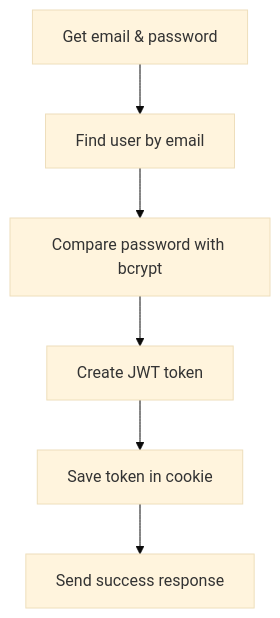
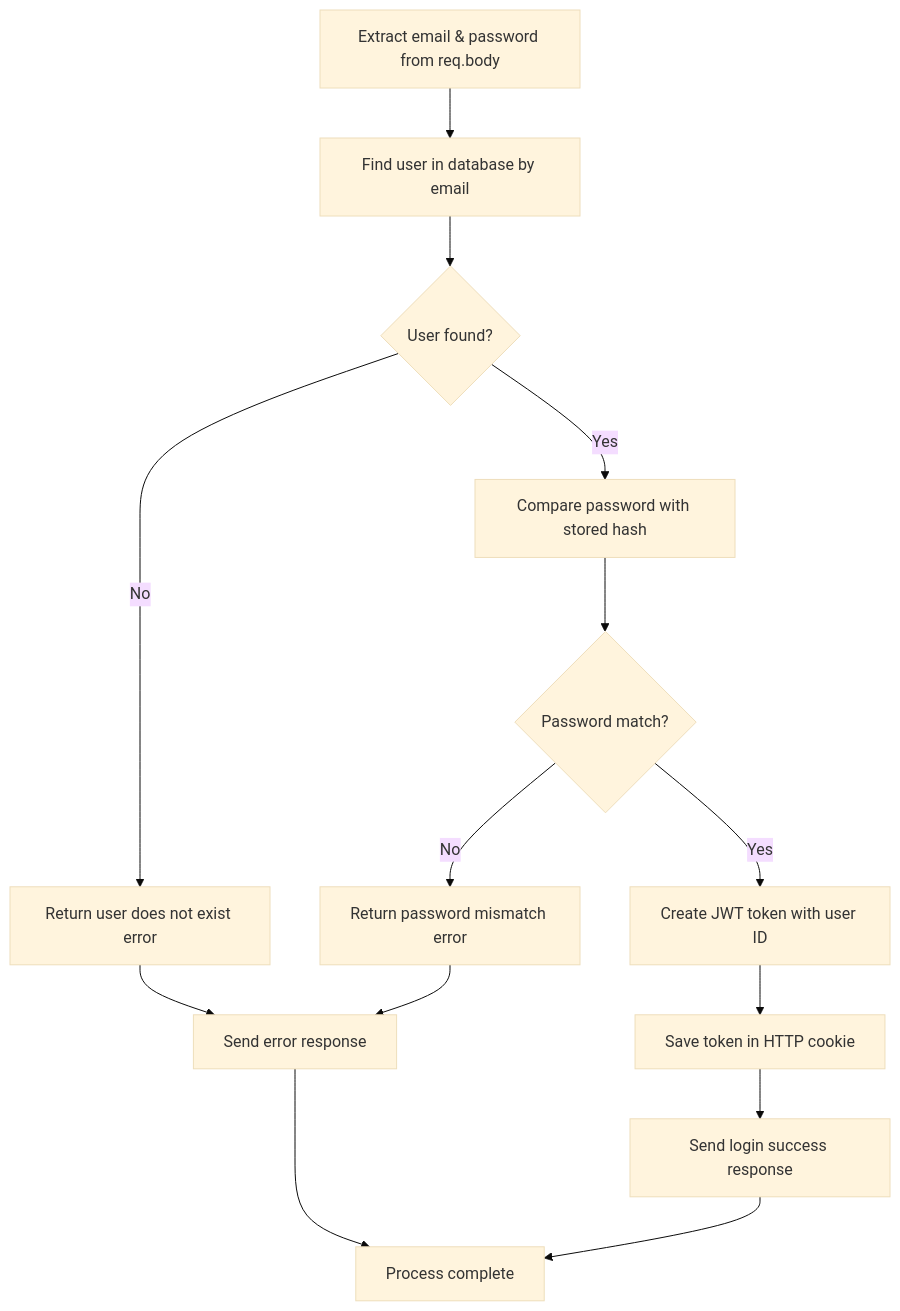
The third of 11 diagrams in README.md (thehiten/node-js-code), drawn with Mermaid (base theme) before and after one commit. The commit also changed other lines of this file, not shown here.

Commit message:
update the readme file chart

````diff
--- a/README.md
+++ b/README.md
@@ -123,8 +139,16 @@
 ```mermaid
 graph TD
-    A[Get email & password] --> B[Find user by email]
-    B --> C[Compare password with bcrypt]
-    C --> D[Create JWT token]
-    D --> E[Save token in cookie]
-    E --> F[Send success response]
+    A[Extract email & password from req.body] --> B[Find user in database by email]
+    B --> C{User found?}
+    C -->|No| D[Return user does not exist error]
+    C -->|Yes| E[Compare password with stored hash]
+    E --> F{Password match?}
+    F -->|No| G[Return password mismatch error]
+    F -->|Yes| H[Create JWT token with user ID]
+    H --> I[Save token in HTTP cookie]
+    I --> J[Send login success response]
+    D --> K[Send error response]
+    G --> K
+    J --> L[Process complete]
+    K --> L
 ```
````
